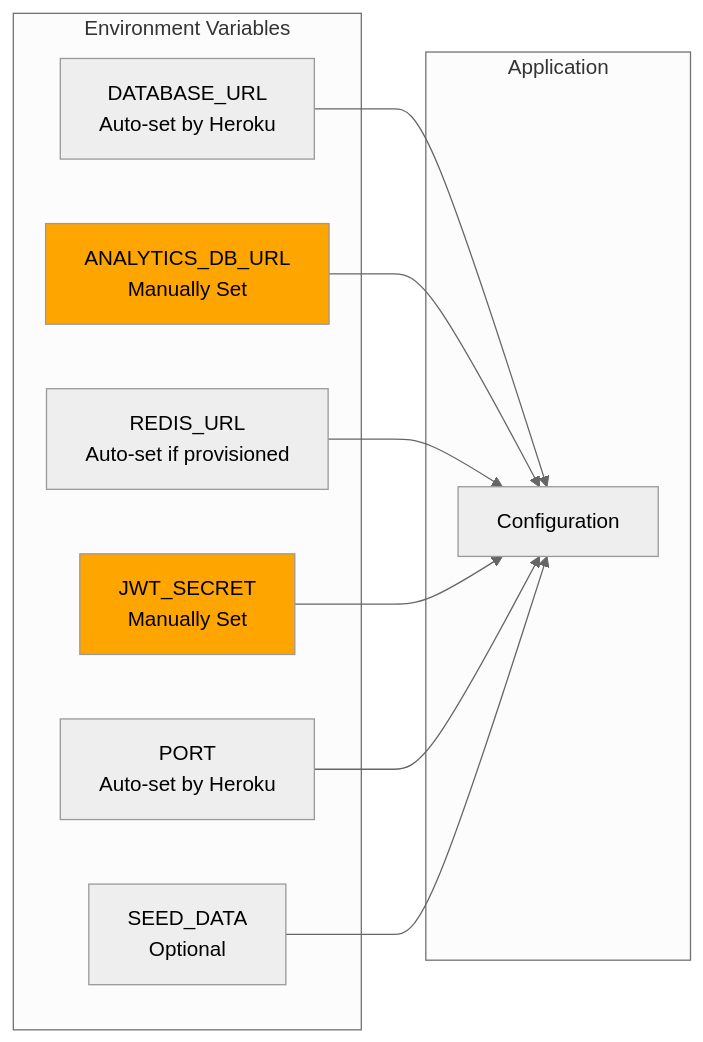
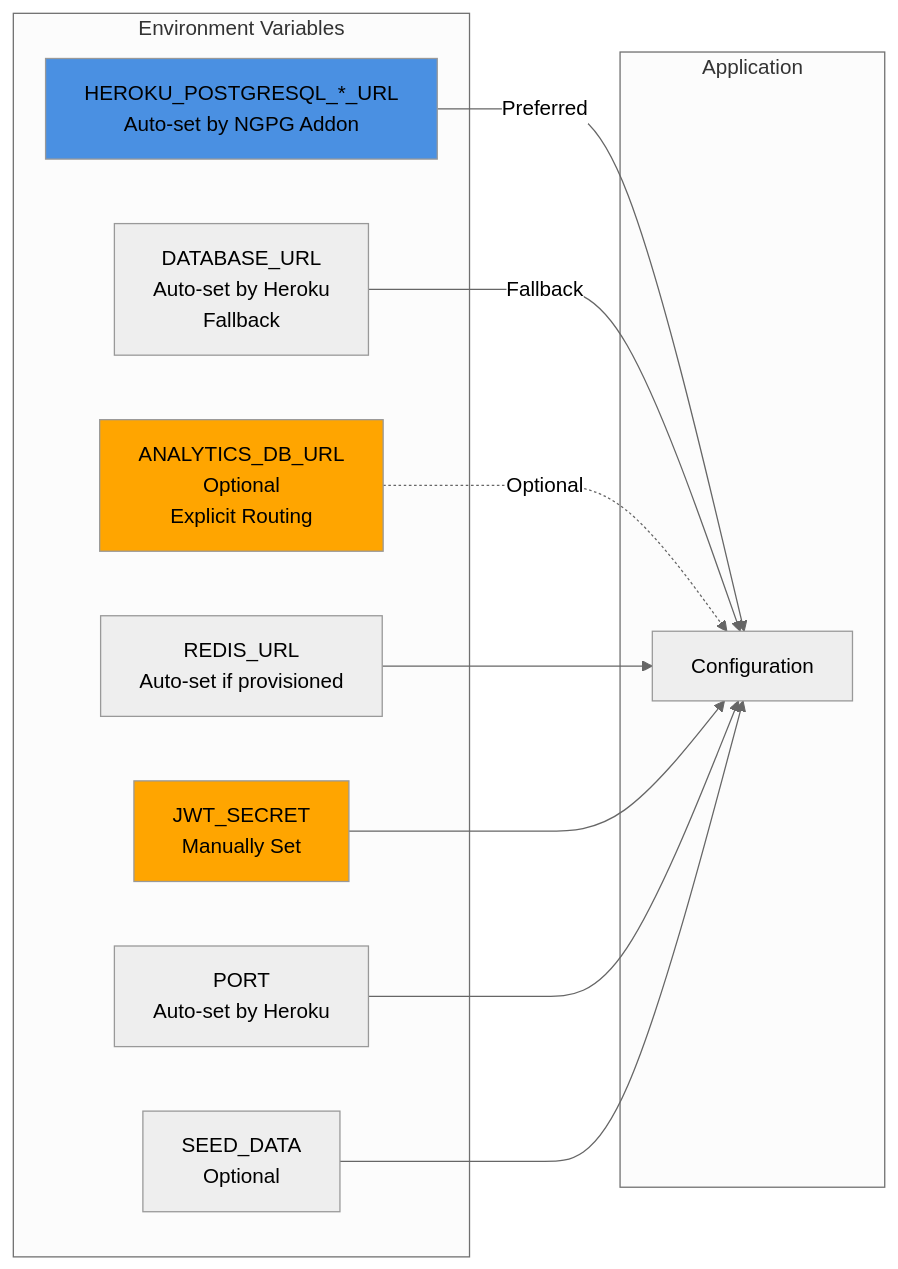
One commit to heroku-examples/saas-go-app changed diagram 18 of 18 in ARCHITECTURE.md. Above: the diagram before and after it, drawn with Mermaid (neutral theme). The commit also changed other lines of this file, not shown here.

````diff
--- a/ARCHITECTURE.md
+++ b/ARCHITECTURE.md
@@ -697,25 +775,28 @@
 ```mermaid
 graph LR
     subgraph "Environment Variables"
-        DATABASE_URL[DATABASE_URL<br/>Auto-set by Heroku]
-        ANALYTICS_DB_URL[ANALYTICS_DB_URL<br/>Manually Set]
+        NGPG_URL[HEROKU_POSTGRESQL_*_URL<br/>Auto-set by NGPG Addon]
+        DATABASE_URL[DATABASE_URL<br/>Auto-set by Heroku<br/>Fallback]
+        ANALYTICS_DB_URL[ANALYTICS_DB_URL<br/>Optional<br/>Explicit Routing]
         REDIS_URL[REDIS_URL<br/>Auto-set if provisioned]
         JWT_SECRET[JWT_SECRET<br/>Manually Set]
         PORT[PORT<br/>Auto-set by Heroku]
         SEED_DATA[SEED_DATA<br/>Optional]
     end
     
     subgraph "Application"
         Config[Configuration]
     end
     
-    DATABASE_URL --> Config
-    ANALYTICS_DB_URL --> Config
+    NGPG_URL -->|Preferred| Config
+    DATABASE_URL -->|Fallback| Config
+    ANALYTICS_DB_URL -.->|Optional| Config
     REDIS_URL --> Config
     JWT_SECRET --> Config
     PORT --> Config
     SEED_DATA --> Config
     
+    style NGPG_URL fill:#4a90e2
     style ANALYTICS_DB_URL fill:#ffa500
     style JWT_SECRET fill:#ffa500
 ```
````
